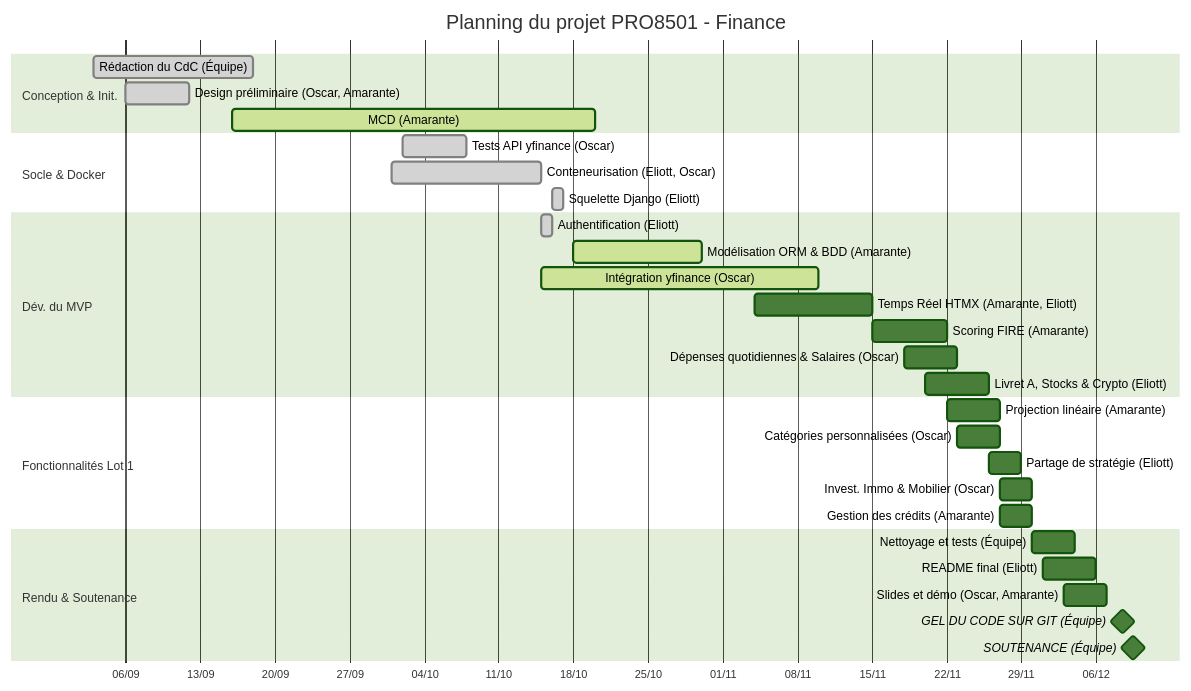
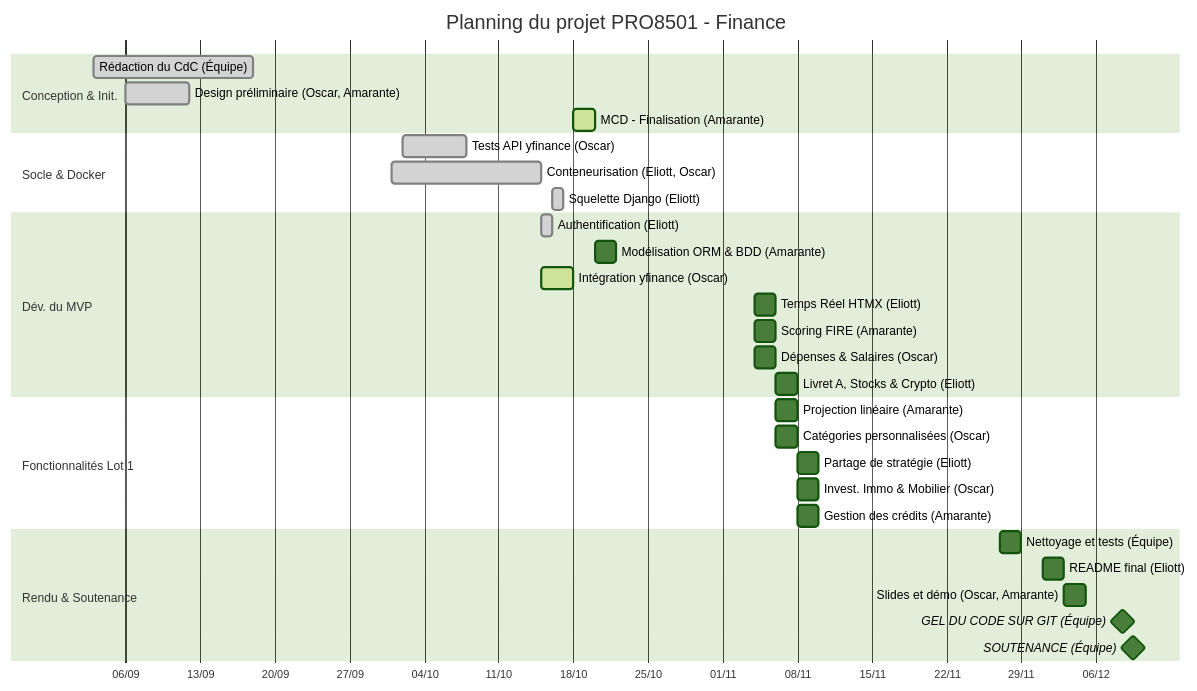
The diagram in test.md (joliott/CailleOfWallStreet), drawn with Mermaid (forest theme) before and after one commit.

````diff
--- a/test.md
+++ b/test.md
@@ -6,39 +6,39 @@
 ```mermaid
 gantt
     title Planning du projet PRO8501 - Finance
     dateFormat  YYYY-MM-DD
     axisFormat  %d/%m
 
     section Conception & Init.
     Rédaction du CdC (Équipe)             :done, 2026-09-03, 2026-09-18
     Design préliminaire (Oscar, Amarante) :done, 2026-09-06, 2026-09-12
-    MCD (Amarante)                        :active, 2026-09-16, 2026-10-20
+    MCD - Finalisation (Amarante)         :active, 2026-10-18, 2d
 
     section Socle & Docker
     Tests API yfinance (Oscar)            :done, 2026-10-02, 2026-10-08
     Conteneurisation (Eliott, Oscar)      :done, 2026-10-01, 2026-10-15
     Squelette Django (Eliott)             :done, 2026-10-16, 1d
 
     section Dév. du MVP
     Authentification (Eliott)             :done, 2026-10-15, 2026-10-16
-    Modélisation ORM & BDD (Amarante)     :active, 2026-10-18, 2026-10-30
-    Intégration yfinance (Oscar)          :active, 2026-10-15, 2026-11-10
-    Temps Réel HTMX (Amarante, Eliott)    :2026-11-04, 2026-11-15
-    Scoring FIRE (Amarante)               :2026-11-15, 2026-11-22
-    Dépenses quotidiennes & Salaires (Oscar):2026-11-18, 2026-11-23
-    Livret A, Stocks & Crypto (Eliott)    :2026-11-20, 2026-11-26
+    Modélisation ORM & BDD (Amarante)     :2026-10-20, 2d
+    Intégration yfinance (Oscar)          :active, 2026-10-15, 3d
+    Temps Réel HTMX (Eliott)              :2026-11-04, 2d
+    Scoring FIRE (Amarante)               :2026-11-04, 2d
+    Dépenses & Salaires (Oscar)           :2026-11-04, 2d
+    Livret A, Stocks & Crypto (Eliott)    :2026-11-06, 2d
 
     section Fonctionnalités Lot 1
-    Projection linéaire (Amarante)        :2026-11-22, 2026-11-27
-    Catégories personnalisées (Oscar)     :2026-11-23, 2026-11-27
-    Partage de stratégie (Eliott)         :2026-11-26, 2026-11-29
-    Invest. Immo & Mobilier (Oscar)       :2026-11-27, 2026-11-30
-    Gestion des crédits (Amarante)        :2026-11-27, 2026-11-30
+    Projection linéaire (Amarante)        :2026-11-06, 2d
+    Catégories personnalisées (Oscar)     :2026-11-06, 2d
+    Partage de stratégie (Eliott)         :2026-11-08, 2d
+    Invest. Immo & Mobilier (Oscar)       :2026-11-08, 2d
+    Gestion des crédits (Amarante)        :2026-11-08, 2d
 
     section Rendu & Soutenance
-    Nettoyage et tests (Équipe)           :2026-11-30, 2026-12-04
-    README final (Eliott)                 :2026-12-01, 2026-12-06
-    Slides et démo (Oscar, Amarante)      :2026-12-03, 2026-12-07
+    Nettoyage et tests (Équipe)           :2026-11-27, 2d
+    README final (Eliott)                 :2026-12-01, 2d
+    Slides et démo (Oscar, Amarante)      :2026-12-03, 2d
     GEL DU CODE SUR GIT (Équipe)          :milestone, 2026-12-08, 1d
     SOUTENANCE (Équipe)                   :milestone, 2026-12-09, 1d
 ```
````
